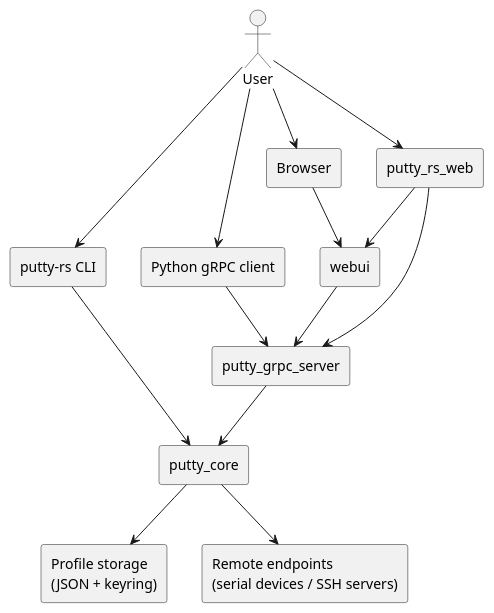
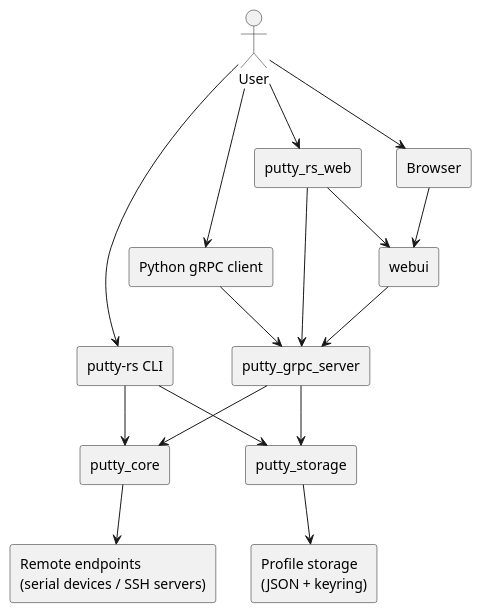
Before and after one commit to simon-rechermann/putty_rs_async: the diagram in docs/puml/arch_level1.puml, drawn with PlantUML. The commit also changed 27 other files, not shown here.

First line of the commit message:
feat: extract putty storage and add deploy github releases (#11)

```diff
--- a/docs/puml/arch_level1.puml
+++ b/docs/puml/arch_level1.puml
@@ -1,33 +1,36 @@
 @startuml ArchLevel1
 
 skinparam componentStyle rectangle
 
 actor User
 
 [putty-rs CLI] as CLI
 [Python gRPC client] as PY
 [Browser] as BROWSER
 [putty_rs_web] as WEBBIN
 [webui] as WEBUI
 [putty_grpc_server] as GRPC
 [putty_core] as CORE
+[putty_storage] as PSTORE
 [Profile storage\n(JSON + keyring)] as STORE
 [Remote endpoints\n(serial devices / SSH servers)] as REMOTE
 
 User --> CLI
 User --> BROWSER
 User --> PY
 User --> WEBBIN
 
 BROWSER --> WEBUI
 WEBBIN --> WEBUI
 WEBBIN --> GRPC
 
 CLI --> CORE
+CLI --> PSTORE
 PY --> GRPC
 WEBUI --> GRPC
 GRPC --> CORE
-CORE --> STORE
+GRPC --> PSTORE
+PSTORE --> STORE
 CORE --> REMOTE
 
 @enduml
```
